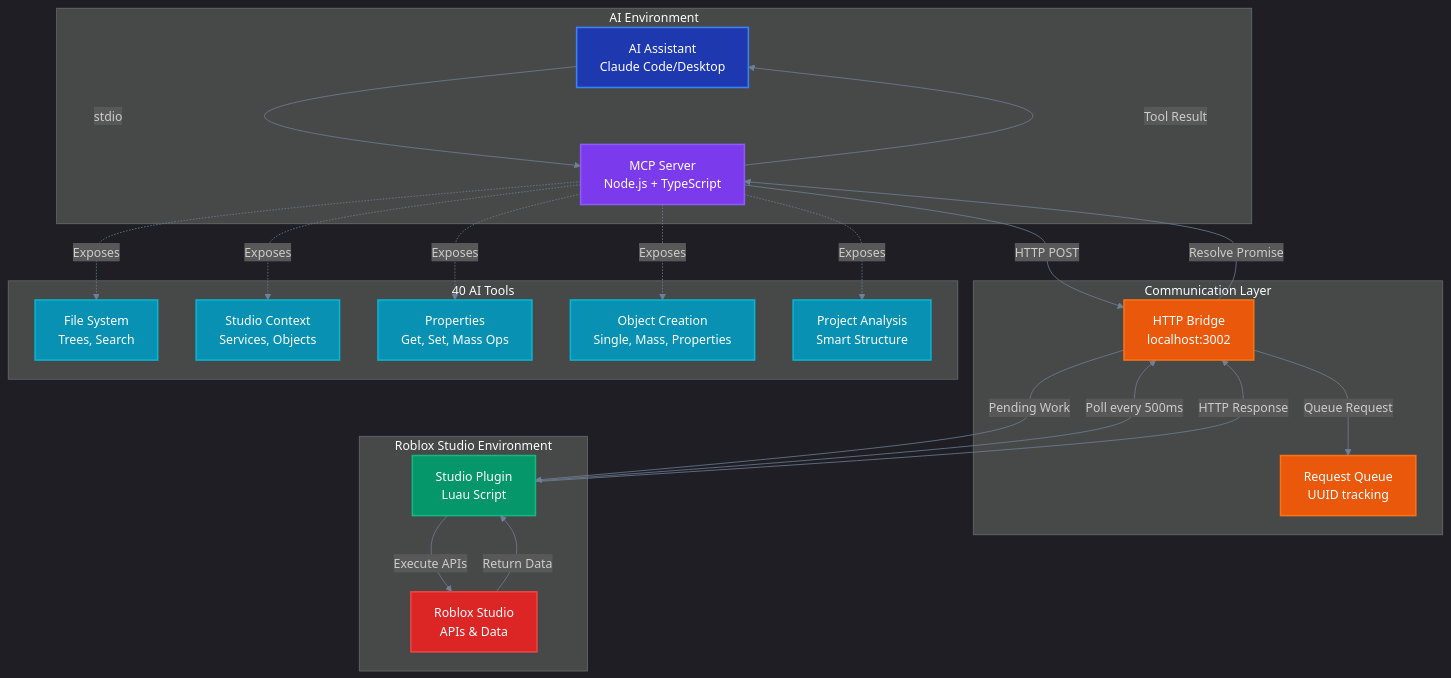
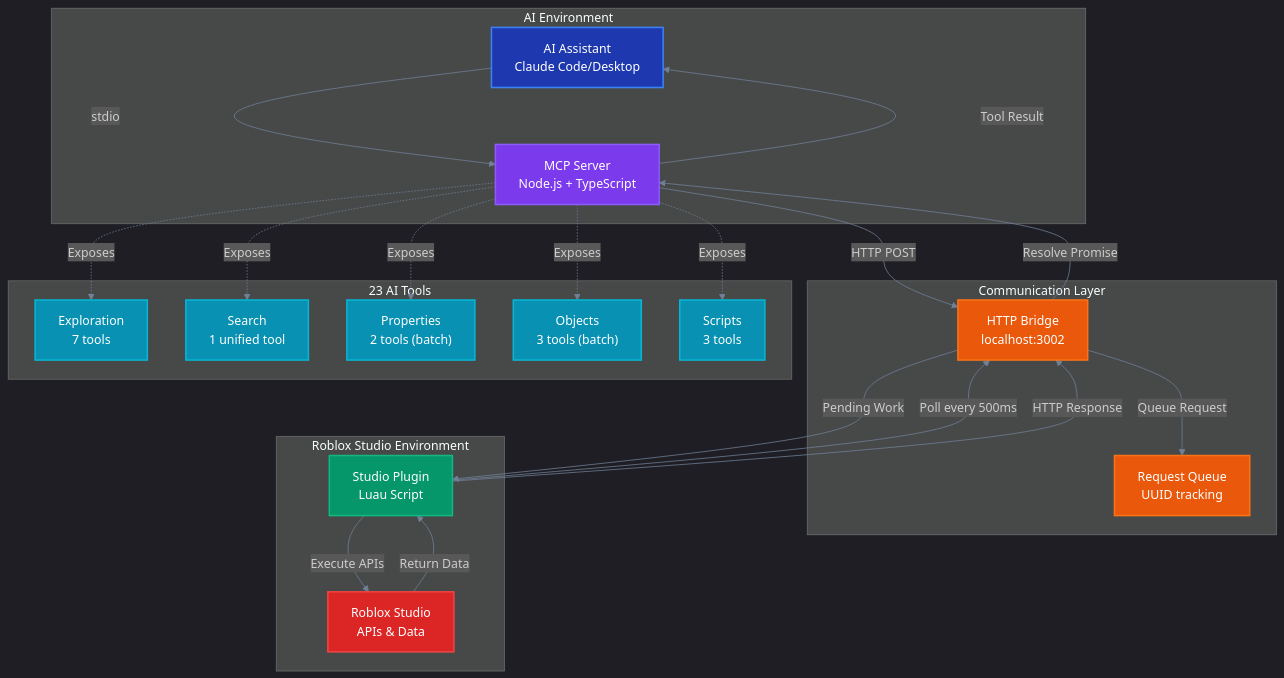
Before and after one commit to boshyxd/robloxstudio-mcp: the first of 2 diagrams in README.md, drawn with Mermaid. The commit also changed other lines of this file and 10 other files, not shown here.

````diff
--- a/README.md
+++ b/README.md
@@ -115,57 +115,57 @@
 ```mermaid
 %%{init: {'theme':'dark', 'themeVariables': {'primaryColor':'#2d3748', 'primaryTextColor':'#ffffff', 'primaryBorderColor':'#4a5568', 'lineColor':'#718096', 'sectionBkgColor':'#1a202c', 'altSectionBkgColor':'#2d3748', 'gridColor':'#4a5568', 'secondaryColor':'#2b6cb0', 'tertiaryColor':'#319795'}}}%%
 graph TB
     subgraph AI_ENV ["AI Environment"]
         AI["AI Assistant<br/>Claude Code/Desktop"]
         MCP["MCP Server<br/>Node.js + TypeScript"]
     end
     
     subgraph COMM_LAYER ["Communication Layer"]
         HTTP["HTTP Bridge<br/>localhost:3002"]
         QUEUE["Request Queue<br/>UUID tracking"]
     end
     
     subgraph STUDIO_ENV ["Roblox Studio Environment"]
         PLUGIN["Studio Plugin<br/>Luau Script"]
         STUDIO["Roblox Studio<br/>APIs & Data"]
     end
     
-    subgraph TOOLS ["40 AI Tools"]
-        FILE["File System<br/>Trees, Search"]
-        CONTEXT["Studio Context<br/>Services, Objects"]
-        PROPS["Properties<br/>Get, Set, Mass Ops"]
-        CREATE["Object Creation<br/>Single, Mass, Properties"]
-        PROJECT["Project Analysis<br/>Smart Structure"]
+    subgraph TOOLS ["23 AI Tools"]
+        FILE["Exploration<br/>7 tools"]
+        SEARCH["Search<br/>1 unified tool"]
+        PROPS["Properties<br/>2 tools (batch)"]
+        CREATE["Objects<br/>3 tools (batch)"]
+        SCRIPTS["Scripts<br/>3 tools"]
     end
     
     AI -->|stdio| MCP
     MCP -->|HTTP POST| HTTP
     HTTP -->|Queue Request| QUEUE
     PLUGIN -->|Poll every 500ms| HTTP
     HTTP -->|Pending Work| PLUGIN
     PLUGIN -->|Execute APIs| STUDIO
     STUDIO -->|Return Data| PLUGIN
     PLUGIN -->|HTTP Response| HTTP
     HTTP -->|Resolve Promise| MCP
     MCP -->|Tool Result| AI
     
     MCP -.->|Exposes| FILE
-    MCP -.->|Exposes| CONTEXT  
+    MCP -.->|Exposes| SEARCH  
     MCP -.->|Exposes| PROPS
     MCP -.->|Exposes| CREATE
-    MCP -.->|Exposes| PROJECT
+    MCP -.->|Exposes| SCRIPTS
     
     classDef aiStyle fill:#1e39af,stroke:#3b82f6,stroke-width:2px,color:#ffffff
     classDef mcpStyle fill:#7c3aed,stroke:#8b5cf6,stroke-width:2px,color:#ffffff
     classDef httpStyle fill:#ea580c,stroke:#f97316,stroke-width:2px,color:#ffffff
     classDef pluginStyle fill:#059669,stroke:#10b981,stroke-width:2px,color:#ffffff
     classDef studioStyle fill:#dc2626,stroke:#ef4444,stroke-width:2px,color:#ffffff
     classDef toolStyle fill:#0891b2,stroke:#06b6d4,stroke-width:2px,color:#ffffff
     
     class AI aiStyle
     class MCP mcpStyle
     class HTTP,QUEUE httpStyle
     class PLUGIN pluginStyle
     class STUDIO studioStyle
-    class FILE,CONTEXT,PROPS,CREATE,PROJECT toolStyle
+    class FILE,SEARCH,PROPS,CREATE,SCRIPTS toolStyle
 ```
````
